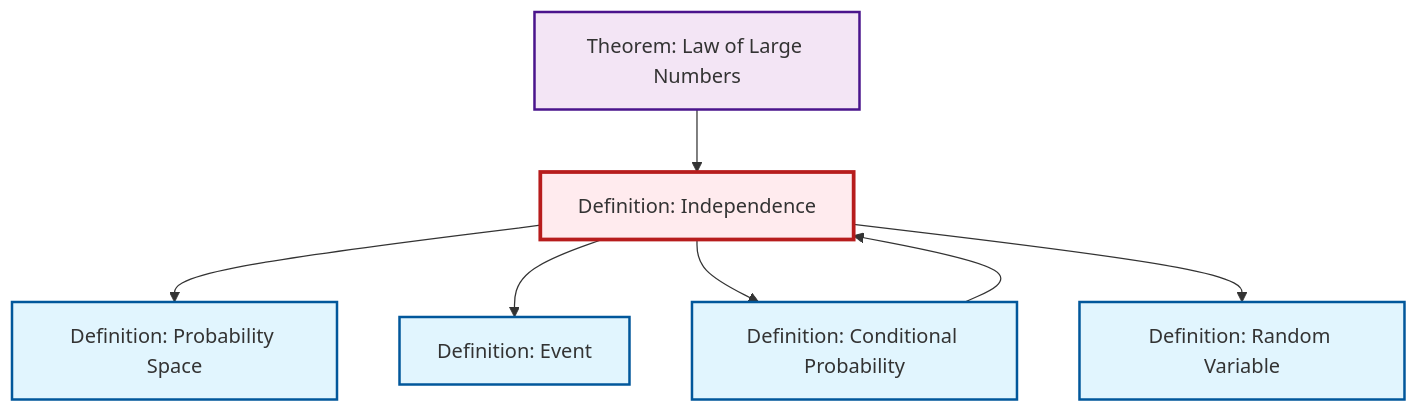
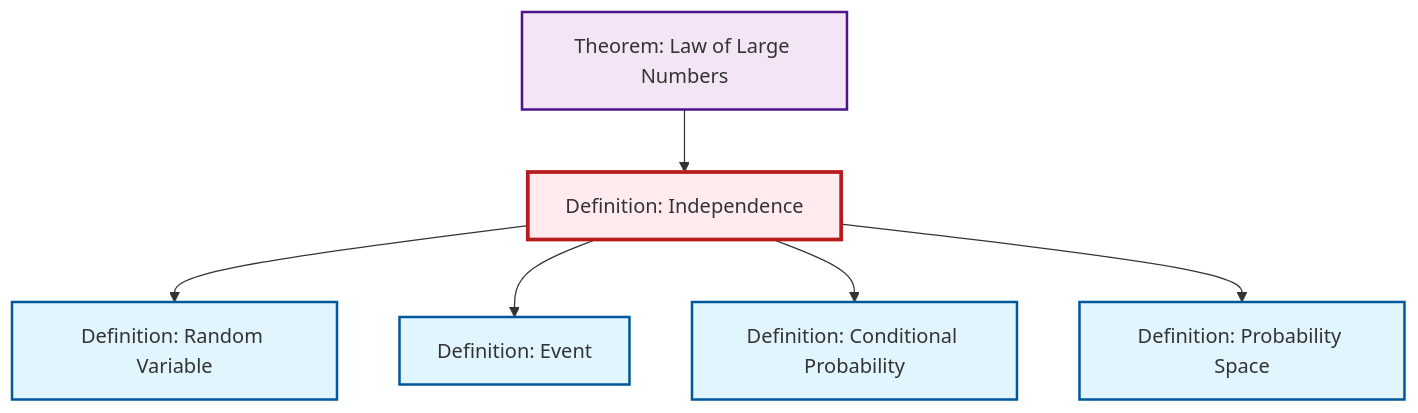
One commit to RK0429/ModernMath changed the diagram in content/en/probability-statistics/def-independence.qmd. Above: the diagram before and after it, drawn with Mermaid. The commit also changed 474 other files, not shown here.

````diff
--- a/content/en/probability-statistics/def-independence.qmd
+++ b/content/en/probability-statistics/def-independence.qmd
@@ -113,27 +113,26 @@
 ```{mermaid}
 %%| fig-cap: "Local dependency graph"
 graph TD
     classDef definition fill:#e1f5fe,stroke:#01579b,stroke-width:2px
     classDef theorem fill:#f3e5f5,stroke:#4a148c,stroke-width:2px
     classDef axiom fill:#fff3e0,stroke:#e65100,stroke-width:2px
     classDef example fill:#e8f5e9,stroke:#1b5e20,stroke-width:2px
     classDef current fill:#ffebee,stroke:#b71c1c,stroke-width:3px
     thm-law-of-large-numbers["Theorem: Law of Large Numbers"]:::theorem
+    def-random-variable["Definition: Random Variable"]:::definition
+    def-event["Definition: Event"]:::definition
     def-probability-space["Definition: Probability Space"]:::definition
-    def-event["Definition: Event"]:::definition
     def-conditional-probability["Definition: Conditional Probability"]:::definition
-    def-random-variable["Definition: Random Variable"]:::definition
     def-independence["Definition: Independence"]:::definition
     thm-law-of-large-numbers --> def-independence
-    def-independence --> def-probability-space
+    def-independence --> def-random-variable
     def-independence --> def-event
     def-independence --> def-conditional-probability
-    def-independence --> def-random-variable
-    def-conditional-probability --> def-independence
+    def-independence --> def-probability-space
     class def-independence current
     click thm-law-of-large-numbers "thm-law-of-large-numbers.html" "Go to Law of Large Numbers theorem"
+    click def-random-variable "def-random-variable.html" "Go to Random Variable definition"
+    click def-event "def-event.html" "Go to Event definition"
     click def-probability-space "def-probability-space.html" "Go to Probability Space definition"
-    click def-event "def-event.html" "Go to Event definition"
     click def-conditional-probability "def-conditional-probability.html" "Go to Conditional Probability definition"
-    click def-random-variable "def-random-variable.html" "Go to Random Variable definition"
 ```
````
